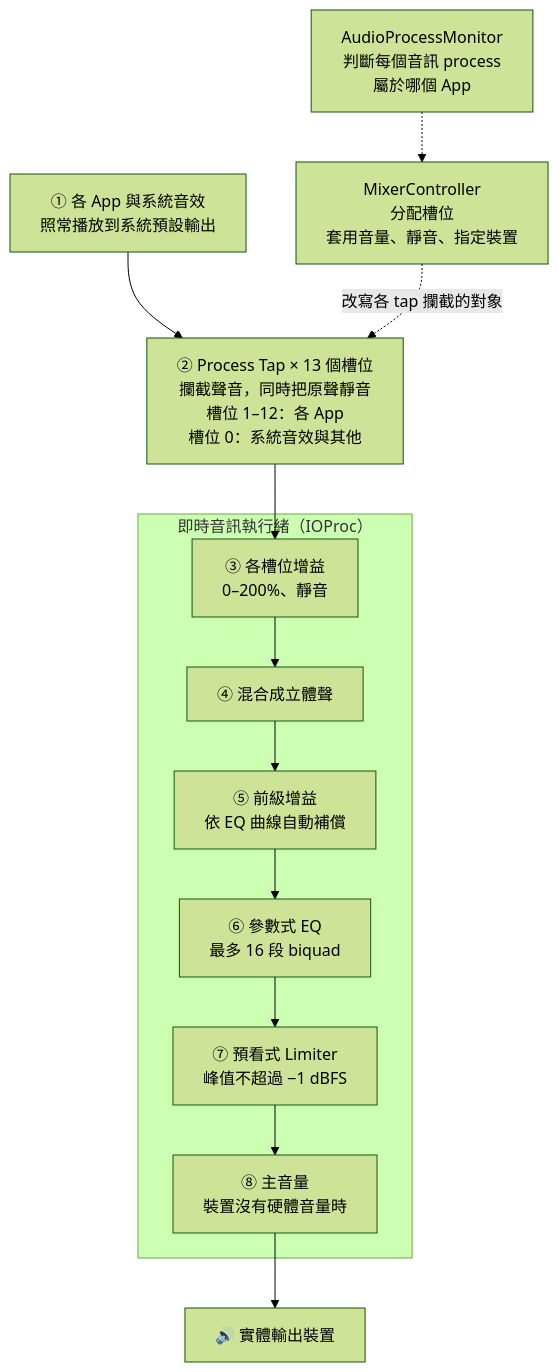
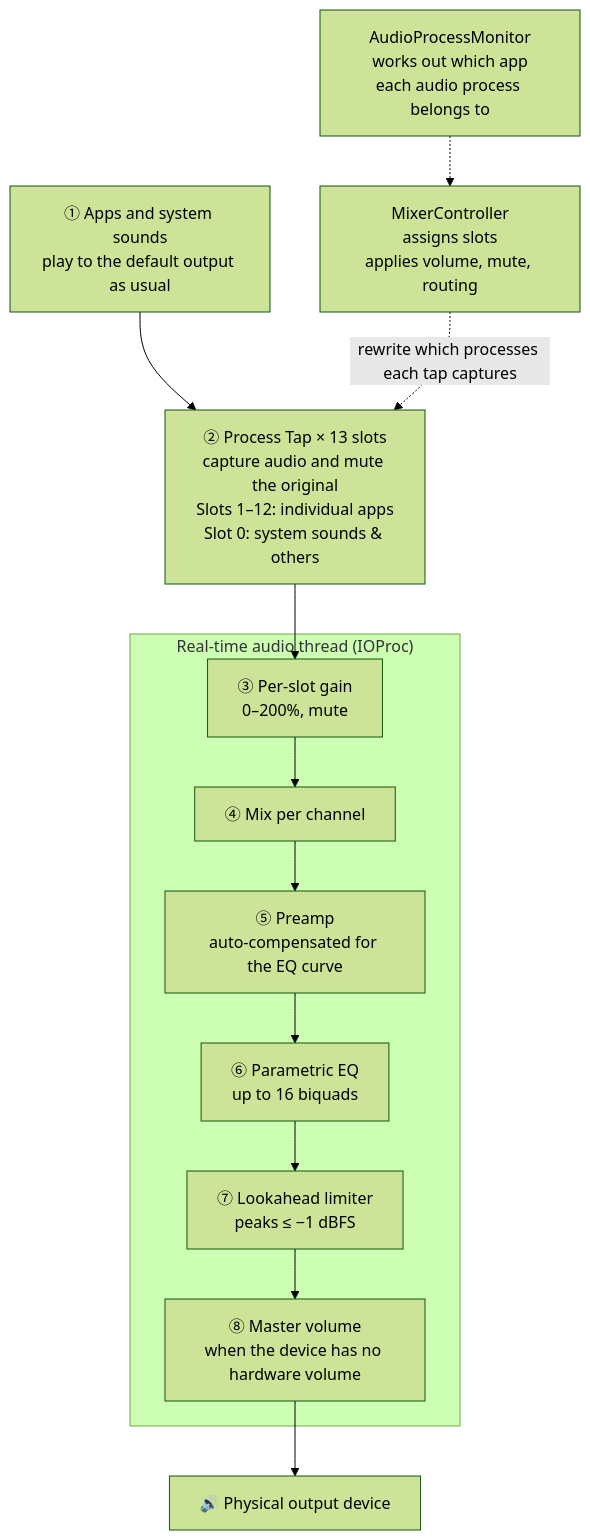
Before and after one commit to kawaisumi/SoundDeck: the first of 2 diagrams in README.md, drawn with Mermaid (forest theme). The commit also changed other lines of this file and 1 other file, not shown here.

````diff
--- a/README.md
+++ b/README.md
@@ -162,24 +151,24 @@
 ```mermaid
 flowchart TB
-    SRC["① 各 App 與系統音效<br/>照常播放到系統預設輸出"]
-    MON["AudioProcessMonitor<br/>判斷每個音訊 process<br/>屬於哪個 App"]
-    MIX["MixerController<br/>分配槽位<br/>套用音量、靜音、指定裝置"]
-    TAPS["② Process Tap × 13 個槽位<br/>攔截聲音，同時把原聲靜音<br/>槽位 1–12：各 App<br/>槽位 0：系統音效與其他"]
+    SRC["① Apps and system sounds<br/>play to the default output as usual"]
+    MON["AudioProcessMonitor<br/>works out which app<br/>each audio process belongs to"]
+    MIX["MixerController<br/>assigns slots<br/>applies volume, mute, routing"]
+    TAPS["② Process Tap × 13 slots<br/>capture audio and mute the original<br/>Slots 1–12: individual apps<br/>Slot 0: system sounds & others"]
 
     SRC --> TAPS
     MON -.-> MIX
-    MIX -.->|"改寫各 tap 攔截的對象"| TAPS
+    MIX -.->|"rewrite which processes each tap captures"| TAPS
 
-    subgraph RT["即時音訊執行緒（IOProc）"]
-        GAIN["③ 各槽位增益<br/>0–200%、靜音"]
-        SUM["④ 混合成立體聲"]
-        PRE["⑤ 前級增益<br/>依 EQ 曲線自動補償"]
-        EQ["⑥ 參數式 EQ<br/>最多 16 段 biquad"]
-        LIM["⑦ 預看式 Limiter<br/>峰值不超過 −1 dBFS"]
-        VOL["⑧ 主音量<br/>裝置沒有硬體音量時"]
+    subgraph RT["Real-time audio thread (IOProc)"]
+        GAIN["③ Per-slot gain<br/>0–200%, mute"]
+        SUM["④ Mix per channel"]
+        PRE["⑤ Preamp<br/>auto-compensated for the EQ curve"]
+        EQ["⑥ Parametric EQ<br/>up to 16 biquads"]
+        LIM["⑦ Lookahead limiter<br/>peaks ≤ −1 dBFS"]
+        VOL["⑧ Master volume<br/>when the device has no hardware volume"]
         GAIN --> SUM --> PRE --> EQ --> LIM --> VOL
     end
 
     TAPS --> GAIN
-    VOL --> OUT["🔊 實體輸出裝置"]
+    VOL --> OUT["🔊 Physical output device"]
 ```
````
